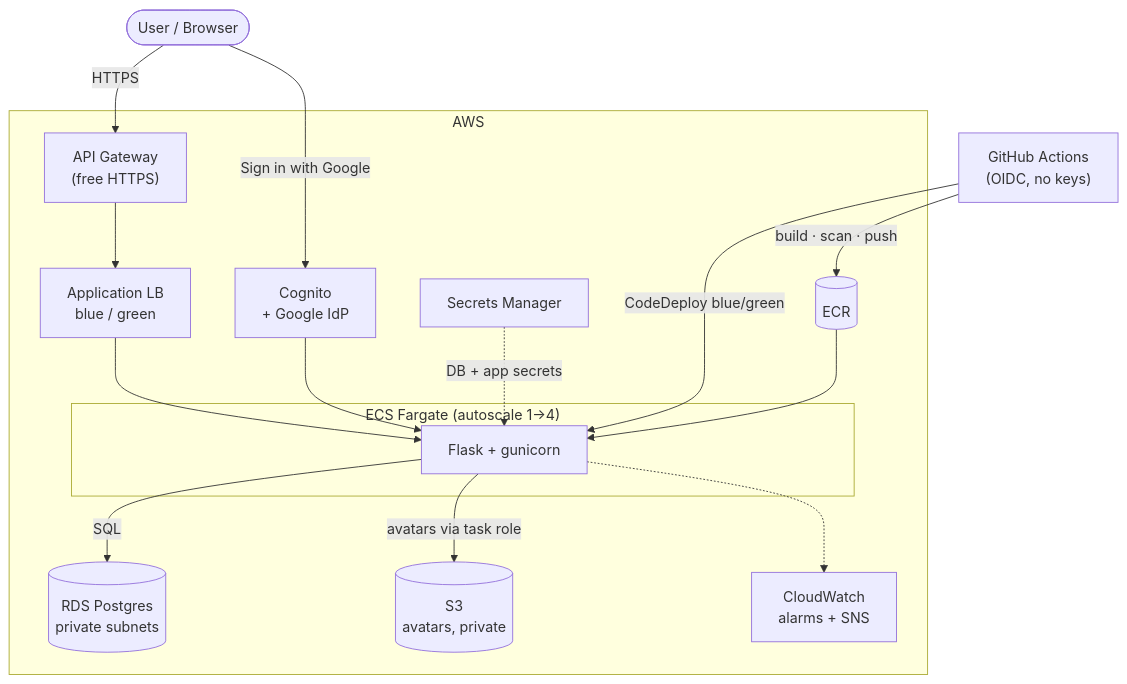
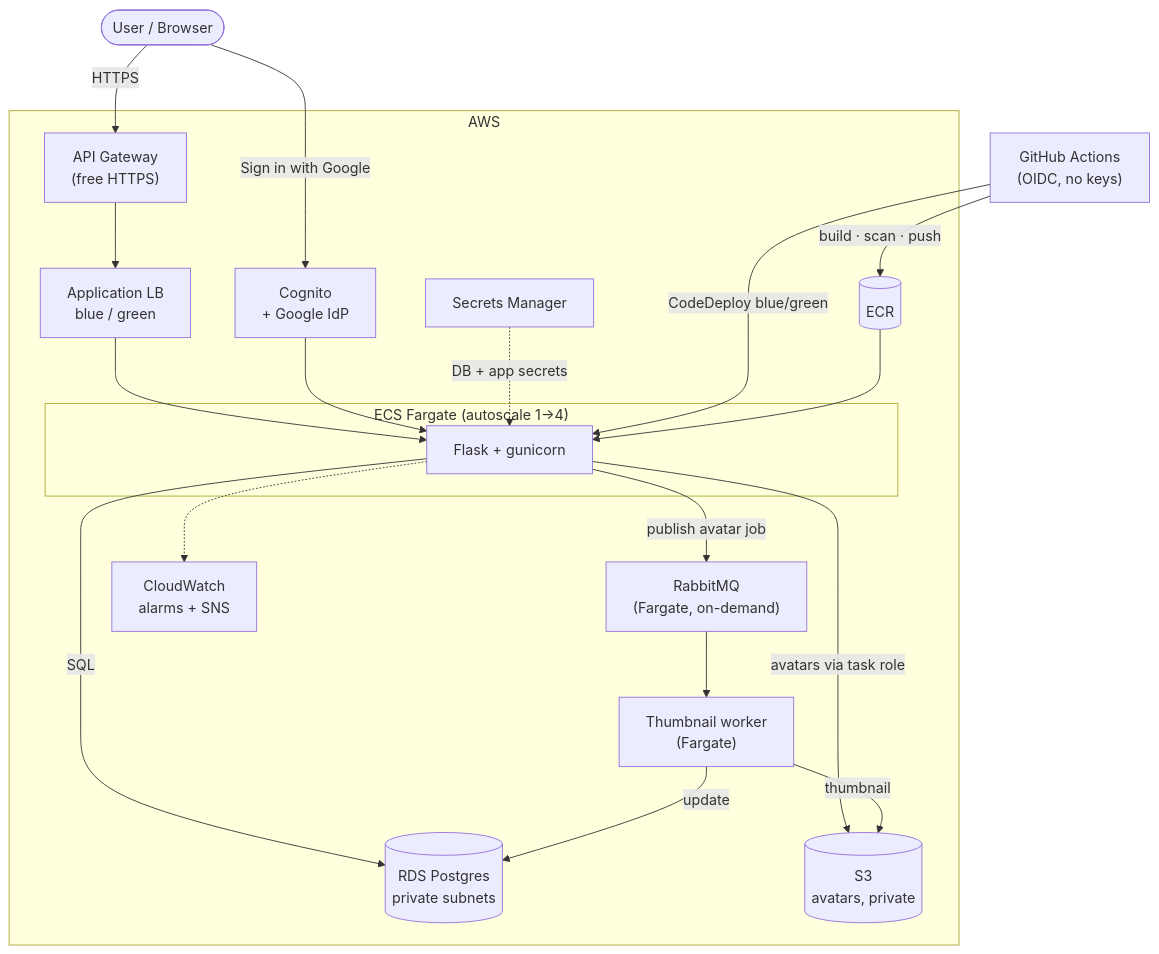
The diagram in README.md (staplatinumrqm/aws-demo-flask-app1), drawn with Mermaid before and after one commit. The commit also changed other lines of this file and 11 other files, not shown here.

First line of the commit message:
Add async avatar processing with RabbitMQ (producer/worker)

````diff
--- a/README.md
+++ b/README.md
@@ -26,29 +26,34 @@
 ```mermaid
 flowchart TB
     user(["User / Browser"])
     gha["GitHub Actions<br/>(OIDC, no keys)"]
 
     subgraph aws["AWS"]
         apigw["API Gateway<br/>(free HTTPS)"]
         alb["Application LB<br/>blue / green"]
         subgraph ecs["ECS Fargate (autoscale 1→4)"]
             app["Flask + gunicorn"]
         end
+        mq["RabbitMQ<br/>(Fargate, on-demand)"]
+        worker["Thumbnail worker<br/>(Fargate)"]
         ecr[("ECR")]
         rds[("RDS Postgres<br/>private subnets")]
         s3[("S3<br/>avatars, private")]
         cognito["Cognito<br/>+ Google IdP"]
         sm["Secrets Manager"]
         obs["CloudWatch<br/>alarms + SNS"]
     end
 
     user -->|HTTPS| apigw --> alb --> app
     user -->|Sign in with Google| cognito --> app
     app -->|SQL| rds
     app -->|avatars via task role| s3
+    app -->|publish avatar job| mq --> worker
+    worker -->|thumbnail| s3
+    worker -->|update| rds
     sm -.->|DB + app secrets| app
     app -.-> obs
     gha -->|build · scan · push| ecr
     gha -->|CodeDeploy blue/green| app
     ecr --> app
 ```
````
